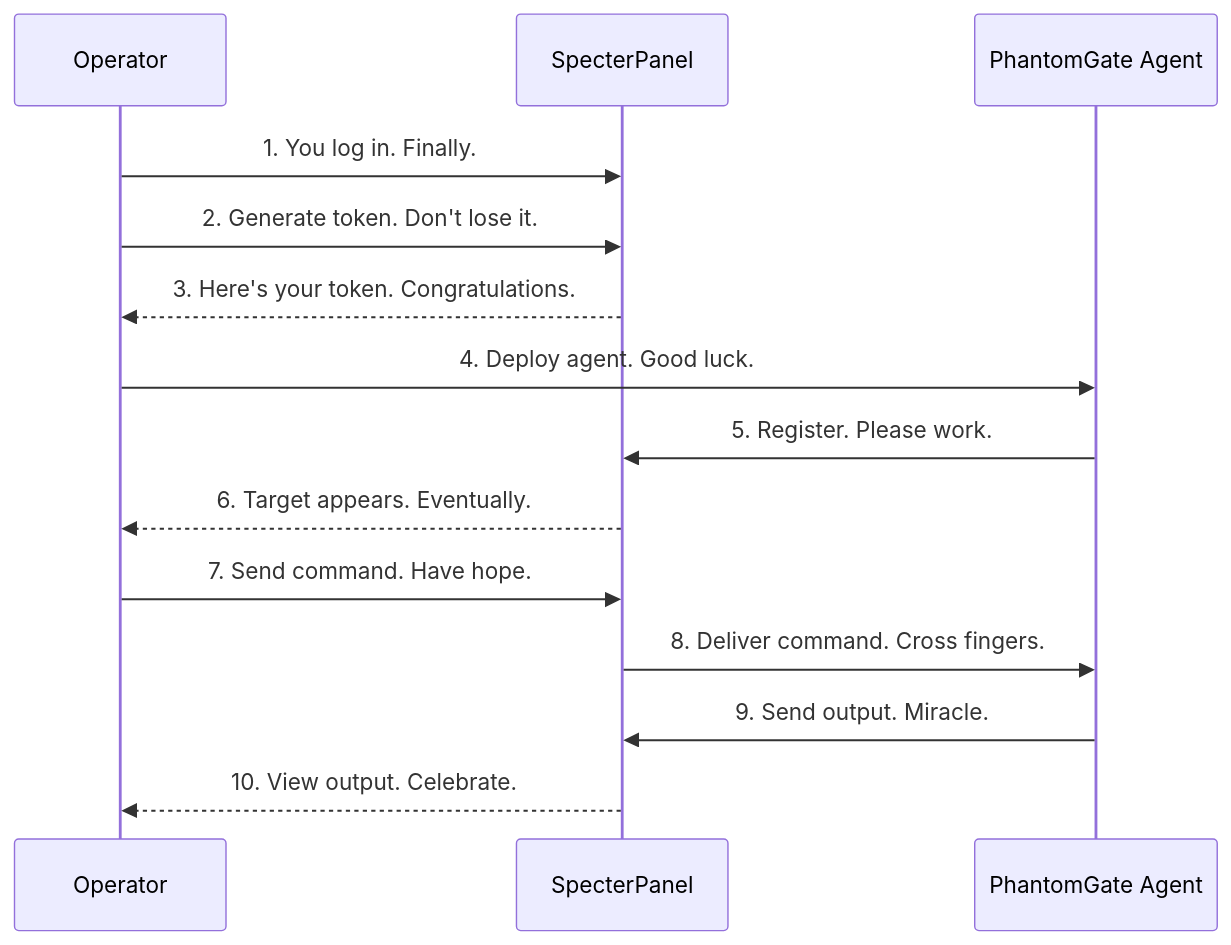
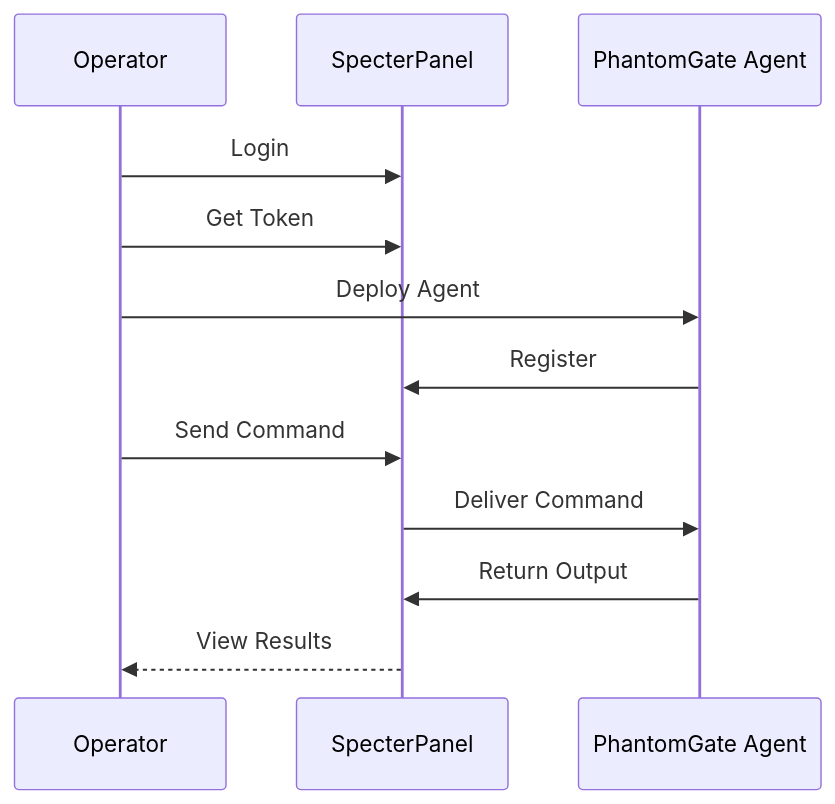
The diagram in README.md (omerKkemal/oh-tool-v2), drawn with Mermaid before and after one commit. The commit also changed other lines of this file, not shown here.

````diff
--- a/README.md
+++ b/README.md
@@ -101,14 +58,12 @@
 ```mermaid
 sequenceDiagram
     
-    Operator ->> SpecterPanel: 1. You log in. Finally.
-    Operator ->> SpecterPanel: 2. Generate token. Don't lose it.
-    SpecterPanel -->> Operator: 3. Here's your token. Congratulations.
-    Operator ->> PhantomGate Agent: 4. Deploy agent. Good luck.
-    PhantomGate Agent ->> SpecterPanel: 5. Register. Please work.
-    SpecterPanel -->> Operator: 6. Target appears. Eventually.
-    Operator ->> SpecterPanel: 7. Send command. Have hope.
-    SpecterPanel ->> PhantomGate Agent: 8. Deliver command. Cross fingers.
-    PhantomGate Agent ->> SpecterPanel: 9. Send output. Miracle.
-    SpecterPanel -->> Operator: 10. View output. Celebrate.
+    Operator ->> SpecterPanel: Login
+    Operator ->> SpecterPanel: Get Token
+    Operator ->> PhantomGate Agent: Deploy Agent
+    PhantomGate Agent ->> SpecterPanel: Register
+    Operator ->> SpecterPanel: Send Command
+    SpecterPanel ->> PhantomGate Agent: Deliver Command
+    PhantomGate Agent ->> SpecterPanel: Return Output
+    SpecterPanel -->> Operator: View Results
 ```
````
